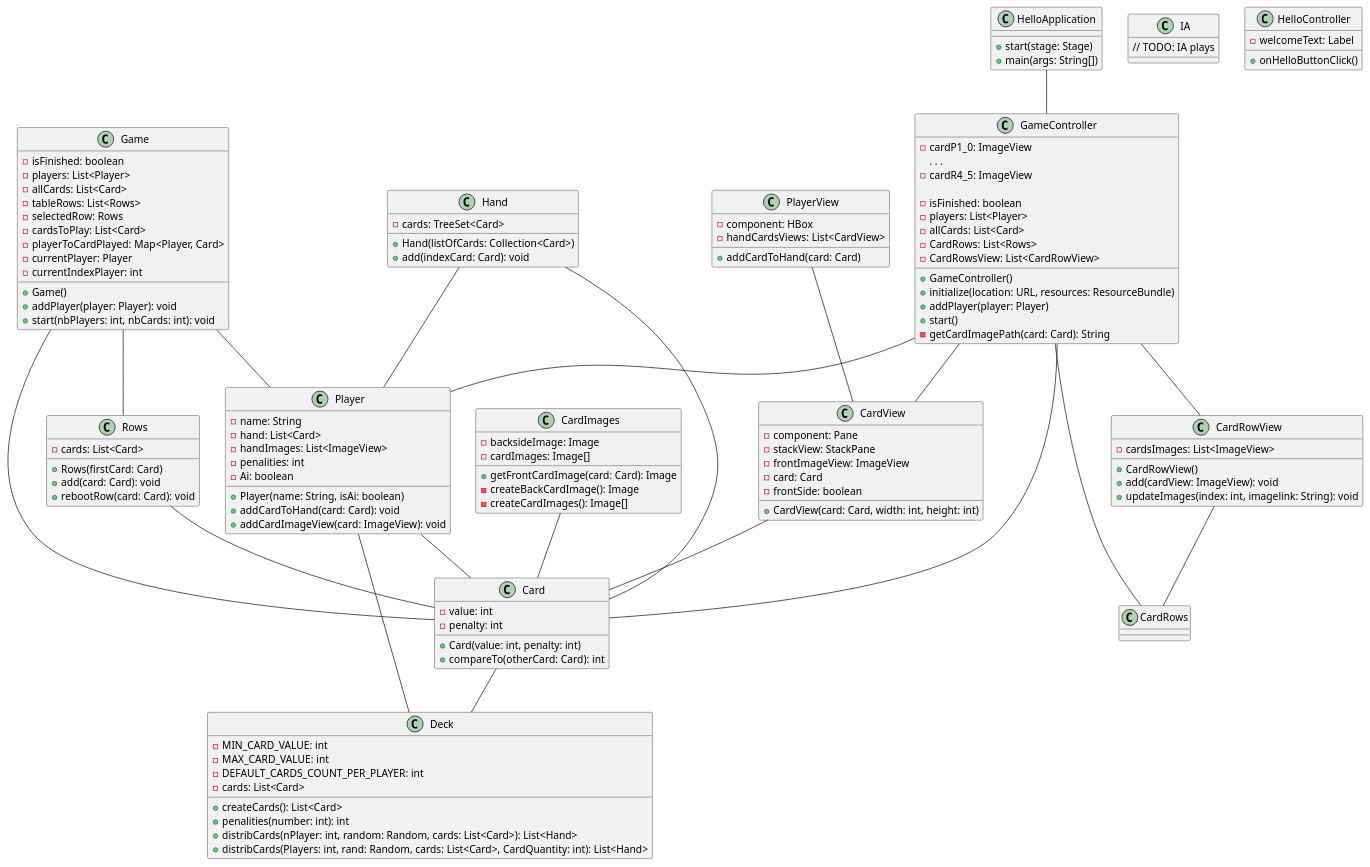
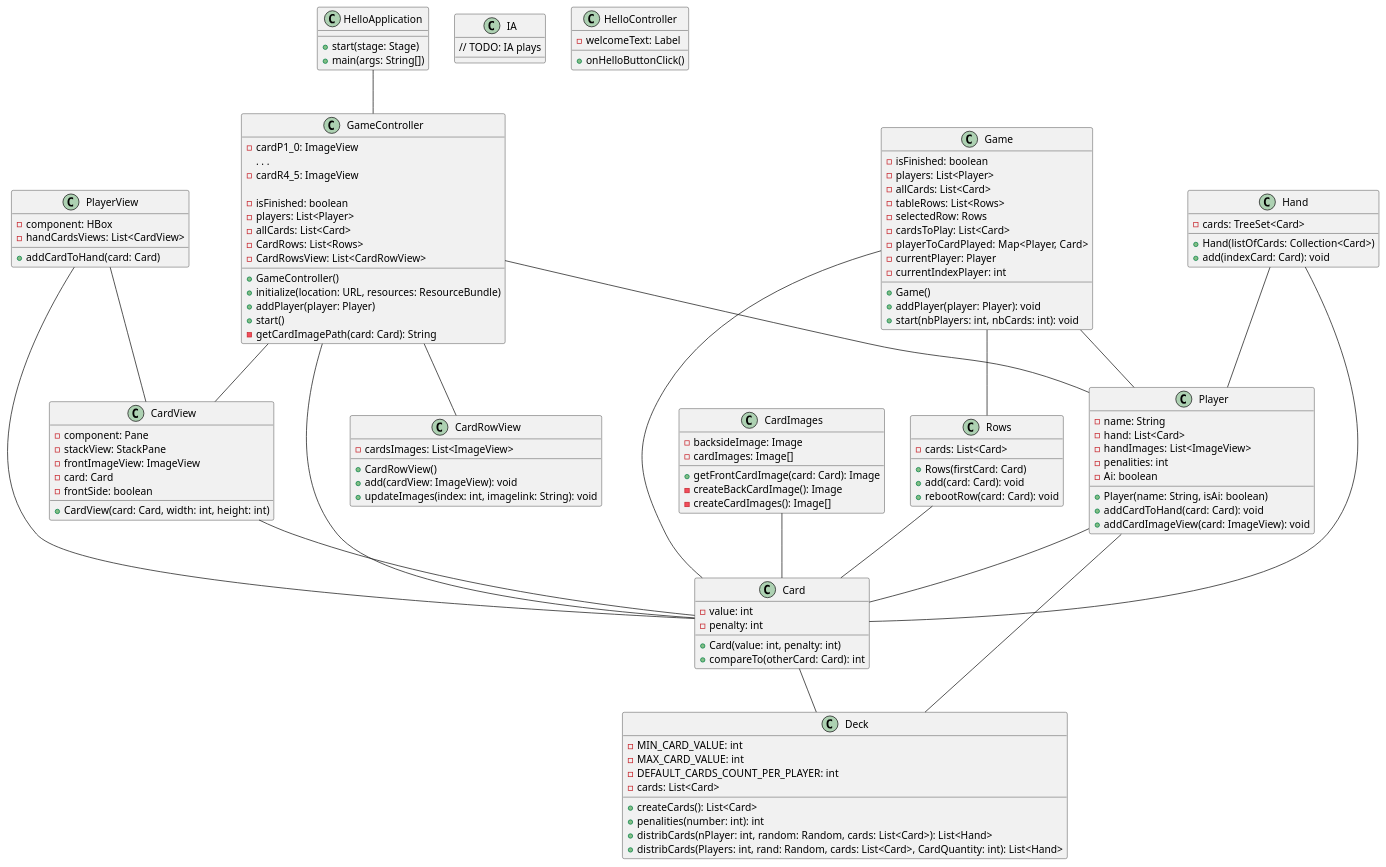
The diagram in src/main/java/com/example/_6quiprendfinalfx/UML.puml (NicolasGitGarnier/6QuiPrendFinalFX), drawn with PlantUML before and after one commit. The commit also changed 1 other file, not shown here.

```diff
--- a/src/main/java/com/example/_6quiprendfinalfx/UML.puml
+++ b/src/main/java/com/example/_6quiprendfinalfx/UML.puml
@@ -1,139 +1,138 @@
 @startuml
 'https://plantuml.com/sequence-diagram
 
 class Card {
   - value: int
   - penalty: int
   + Card(value: int, penalty: int)
   + compareTo(otherCard: Card): int
 }
 class Deck {
   - MIN_CARD_VALUE: int
   - MAX_CARD_VALUE: int
   - DEFAULT_CARDS_COUNT_PER_PLAYER: int
   - cards: List<Card>
   + createCards(): List<Card>
   + penalities(number: int): int
   + distribCards(nPlayer: int, random: Random, cards: List<Card>): List<Hand>
   + distribCards(Players: int, rand: Random, cards: List<Card>, CardQuantity: int): List<Hand>
 }
 class Hand {
     -cards: TreeSet<Card>
 
     +Hand(listOfCards: Collection<Card>)
     +add(indexCard: Card): void
 }
 class Rows {
     -cards: List<Card>
 
     +Rows(firstCard: Card)
     +add(card: Card): void
     +rebootRow(card: Card): void
 }
 class Game {
     -isFinished: boolean
     -players: List<Player>
     -allCards: List<Card>
     -tableRows: List<Rows>
     -selectedRow: Rows
     -cardsToPlay: List<Card>
     -playerToCardPlayed: Map<Player, Card>
     -currentPlayer: Player
     -currentIndexPlayer: int
 
     +Game()
     +addPlayer(player: Player): void
     +start(nbPlayers: int, nbCards: int): void
 }
 class IA {
     // TODO: IA plays
 }
 class Player {
     -name: String
     -hand: List<Card>
     -handImages: List<ImageView>
     -penalities: int
     -Ai: boolean
 
     +Player(name: String, isAi: boolean)
     +addCardToHand(card: Card): void
     +addCardImageView(card: ImageView): void
 }
 class CardImages {
     -backsideImage: Image
     -cardImages: Image[]
 
     +getFrontCardImage(card: Card): Image
     -createBackCardImage(): Image
     -createCardImages(): Image[]
 }
 class CardRowView {
     -cardsImages: List<ImageView>
 
     +CardRowView()
     +add(cardView: ImageView): void
     +updateImages(index: int, imagelink: String): void
 }
 class CardView {
     -component: Pane
     -stackView: StackPane
     -frontImageView: ImageView
     -card: Card
     -frontSide: boolean
 
     +CardView(card: Card, width: int, height: int)
 }
 class GameController {
     -cardP1_0: ImageView
     . . .
     -cardR4_5: ImageView
 
     -isFinished: boolean
     -players: List<Player>
     -allCards: List<Card>
     -CardRows: List<Rows>
     -CardRowsView: List<CardRowView>
 
     +GameController()
     +initialize(location: URL, resources: ResourceBundle)
     +addPlayer(player: Player)
     +start()
     -getCardImagePath(card: Card): String
 }
 class HelloController {
     -welcomeText: Label
 
     +onHelloButtonClick()
 }
 class PlayerView {
     -component: HBox
     -handCardsViews: List<CardView>
 
     +addCardToHand(card: Card)
 }
 class HelloApplication {
     +start(stage: Stage)
     +main(args: String[])
 }
 
 Card -- Deck
 Player -- Deck
 Player -- Card
 PlayerView -- CardView
+PlayerView -- Card
 Rows -- Card
 Hand -- Card
 Hand -- Player
 Game -- Player
 Game -- Rows
 Game -- Card
 GameController -- Card
 GameController -- CardView
 GameController -- Player
-GameController -- CardRows
 GameController -- CardRowView
 CardImages -- Card
-CardRowView -- CardRows
 CardView -- Card
 HelloApplication -- GameController
 
 @enduml
```
